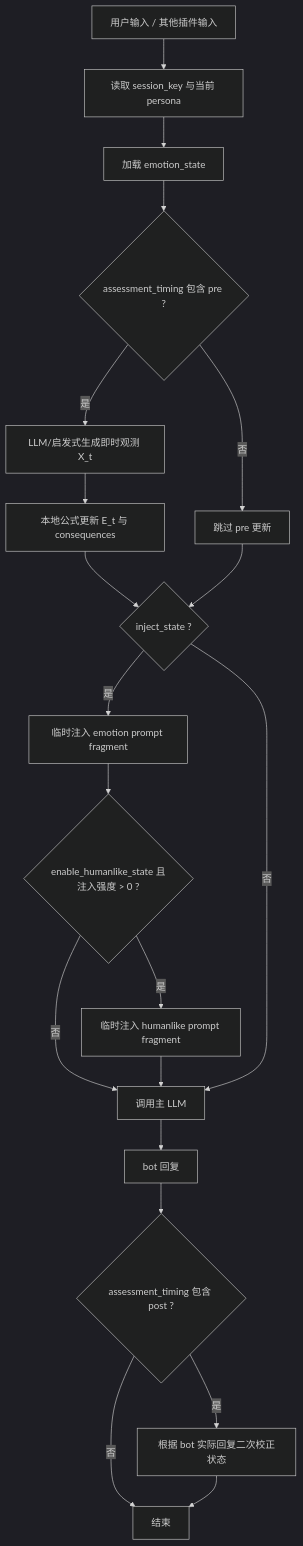
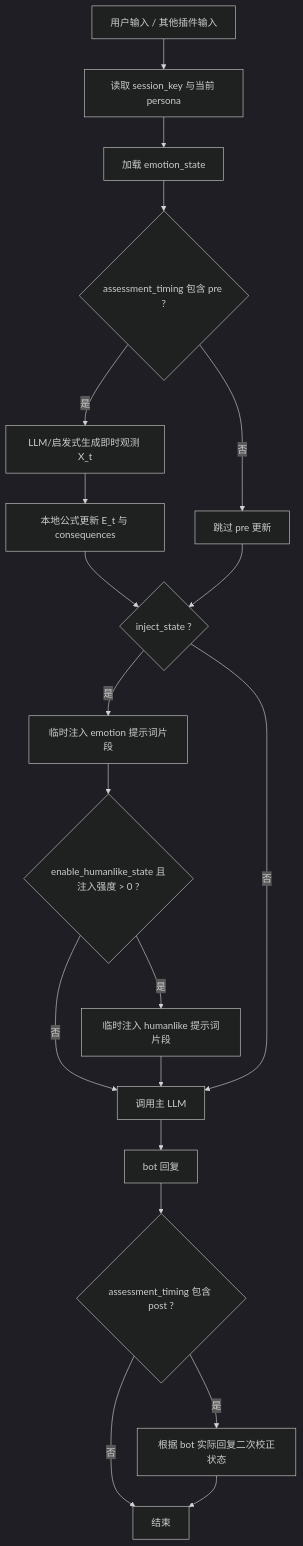
Before and after one commit to Ayleovelle/astrbot_plugin_emotional_state: the diagram in README.md, drawn with Mermaid (dark theme). The commit also changed other lines of this file and 28 other files, not shown here.

````diff
--- a/README.md
+++ b/README.md
@@ -629,22 +722,22 @@
 ```mermaid
 flowchart TD
     A["用户输入 / 其他插件输入"] --> B["读取 session_key 与当前 persona"]
     B --> C["加载 emotion_state"]
     C --> D{"assessment_timing 包含 pre ?"}
     D -- "是" --> E["LLM/启发式生成即时观测 X_t"]
     E --> F["本地公式更新 E_t 与 consequences"]
     D -- "否" --> G["跳过 pre 更新"]
     F --> H{"inject_state ?"}
     G --> H
-    H -- "是" --> I["临时注入 emotion prompt fragment"]
+    H -- "是" --> I["临时注入 emotion 提示词片段"]
     I --> J{"enable_humanlike_state 且注入强度 > 0 ?"}
-    J -- "是" --> K["临时注入 humanlike prompt fragment"]
+    J -- "是" --> K["临时注入 humanlike 提示词片段"]
     J -- "否" --> L["调用主 LLM"]
     K --> L
     H -- "否" --> L
     L --> M["bot 回复"]
     M --> N{"assessment_timing 包含 post ?"}
     N -- "是" --> O["根据 bot 实际回复二次校正状态"]
     N -- "否" --> P["结束"]
     O --> P
 ```
````
